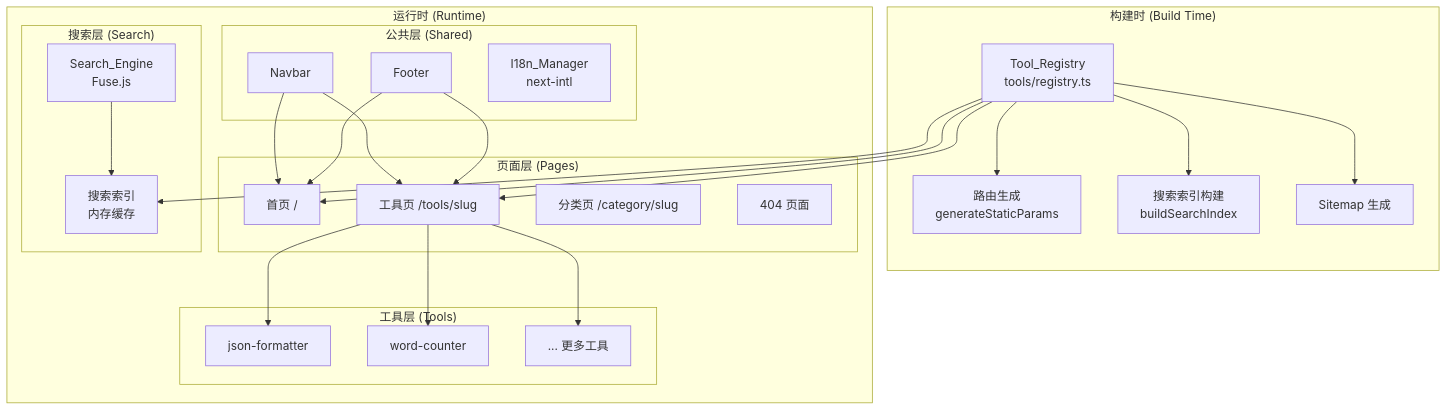
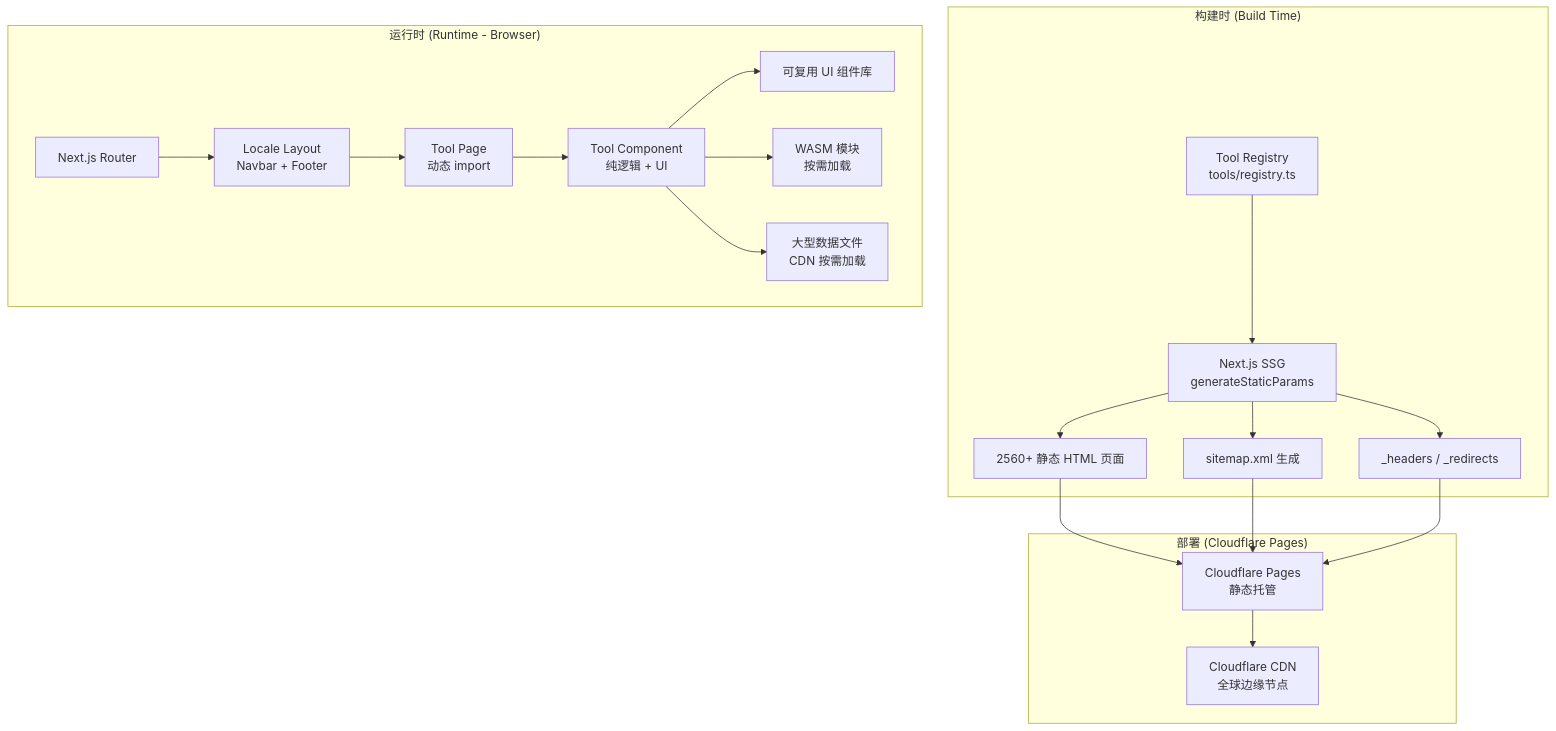
The first of 2 diagrams in .kiro/specs/web-tools-hub/design.md (1195999342/web-tools-hub), drawn with Mermaid before and after one commit. The commit also changed other lines of this file and 64 other files, not shown here.

````diff
--- a/.kiro/specs/web-tools-hub/design.md
+++ b/.kiro/specs/web-tools-hub/design.md
@@ -37,46 +30,25 @@
 ```mermaid
 graph TB
     subgraph "构建时 (Build Time)"
-        TR[Tool_Registry<br/>tools/registry.ts] --> RG[路由生成<br/>generateStaticParams]
-        TR --> SI[搜索索引构建<br/>buildSearchIndex]
-        TR --> SM[Sitemap 生成]
+        REG[Tool Registry<br/>tools/registry.ts] --> SSG[Next.js SSG<br/>generateStaticParams]
+        SSG --> PAGES[2560+ 静态 HTML 页面]
+        SSG --> SITEMAP[sitemap.xml 生成]
+        SSG --> HEADERS[_headers / _redirects]
     end
 
-    subgraph "运行时 (Runtime)"
-        subgraph "公共层 (Shared)"
-            NB[Navbar]
-            FT[Footer]
-            I18N[I18n_Manager<br/>next-intl]
-        end
-
-        subgraph "页面层 (Pages)"
-            HP[首页 /]
-            TP[工具页 /tools/slug]
-            CP[分类页 /category/slug]
-            P404[404 页面]
-        end
-
-        subgraph "工具层 (Tools)"
-            JF[json-formatter]
-            WC[word-counter]
-            MORE[... 更多工具]
-        end
-
-        subgraph "搜索层 (Search)"
-            SE[Search_Engine<br/>Fuse.js]
-            SI2[搜索索引<br/>内存缓存]
-        end
+    subgraph "运行时 (Runtime - Browser)"
+        ROUTER[Next.js Router] --> LAYOUT[Locale Layout<br/>Navbar + Footer]
+        LAYOUT --> TOOL_PAGE[Tool Page<br/>动态 import]
+        TOOL_PAGE --> TOOL_COMP[Tool Component<br/>纯逻辑 + UI]
+        TOOL_COMP --> UI_LIB[可复用 UI 组件库]
+        TOOL_COMP --> WASM[WASM 模块<br/>按需加载]
+        TOOL_COMP --> DATA[大型数据文件<br/>CDN 按需加载]
     end
 
-    TR --> TP
-    TR --> HP
-    NB --> HP
-    NB --> TP
-    FT --> HP
-    FT --> TP
-    TP --> JF
-    TP --> WC
-    TP --> MORE
-    SE --> SI2
-    TR --> SI2
+    subgraph "部署 (Cloudflare Pages)"
+        PAGES --> CF[Cloudflare Pages<br/>静态托管]
+        SITEMAP --> CF
+        HEADERS --> CF
+        CF --> CDN_EDGE[Cloudflare CDN<br/>全球边缘节点]
+    end
 ```
````
